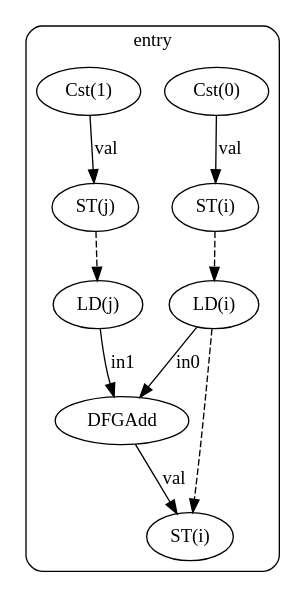
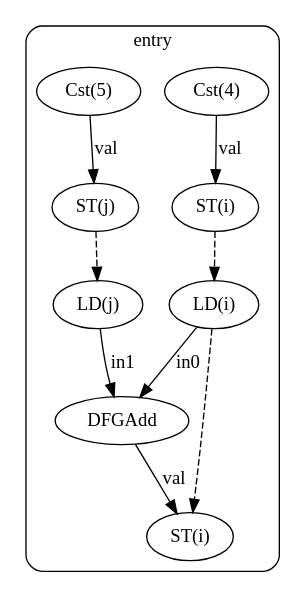
The diagram in test10/cfg_with_dfg.dot (ma-carrillo/High-level-synthesis-assignment), drawn with Graphviz before and after one commit. The commit also changed 16 other files, not shown here.

```diff
--- a/test10/cfg_with_dfg.dot
+++ b/test10/cfg_with_dfg.dot
@@ -1,23 +1,23 @@
 digraph "cfg" {
   compound=true;
   subgraph "cluster_bb0" {
     label="entry";
     style=rounded;
-    bb0_n0 [label="Cst(0)"];
+    bb0_n0 [label="Cst(4)"];
     bb0_n1 [label="ST(i)"];
-    bb0_n2 [label="Cst(1)"];
+    bb0_n2 [label="Cst(5)"];
     bb0_n3 [label="ST(j)"];
     bb0_n4 [label="LD(i)"];
     bb0_n5 [label="LD(j)"];
     bb0_n6 [label="DFGAdd"];
     bb0_n7 [label="ST(i)"];
     bb0_n0 -> bb0_n1 [label="val"];
     bb0_n1 -> bb0_n4 [style="dashed"];
     bb0_n2 -> bb0_n3 [label="val"];
     bb0_n3 -> bb0_n5 [style="dashed"];
     bb0_n4 -> bb0_n6 [label="in0"];
     bb0_n4 -> bb0_n7 [style="dashed"];
     bb0_n5 -> bb0_n6 [label="in1"];
     bb0_n6 -> bb0_n7 [label="val"];
   }
 }
```
